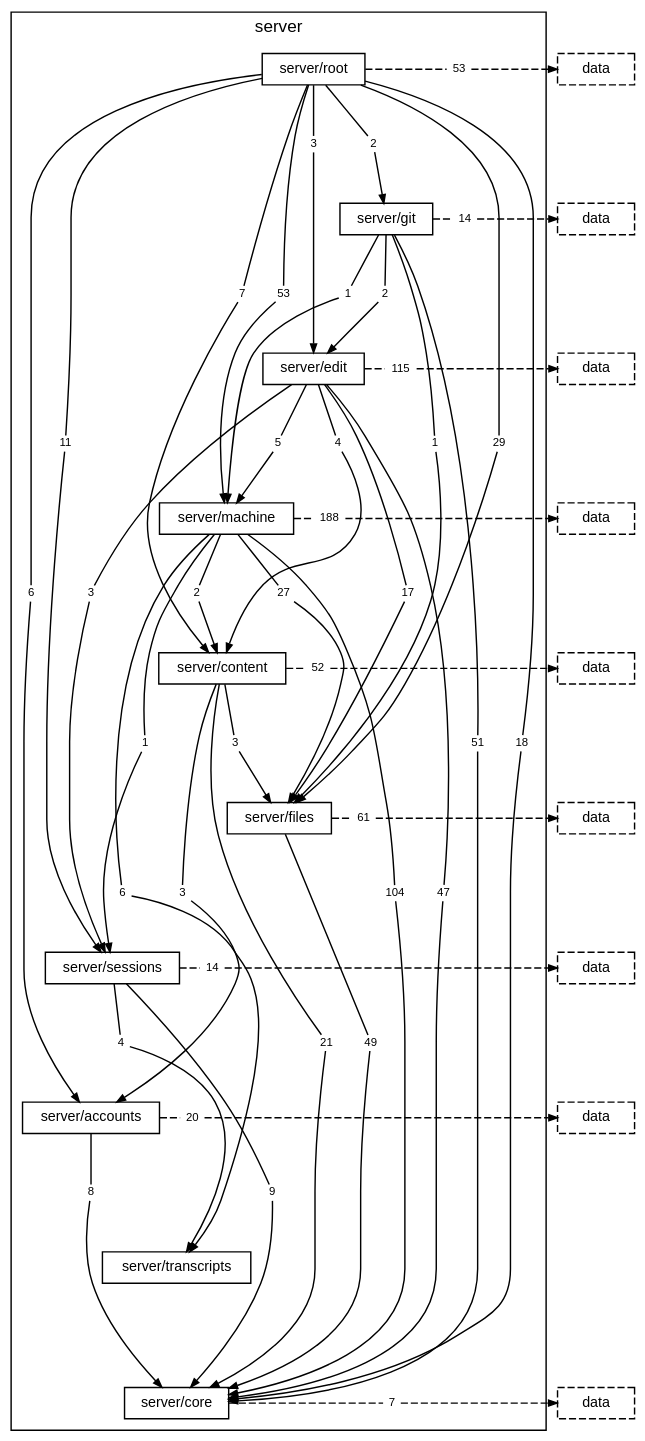
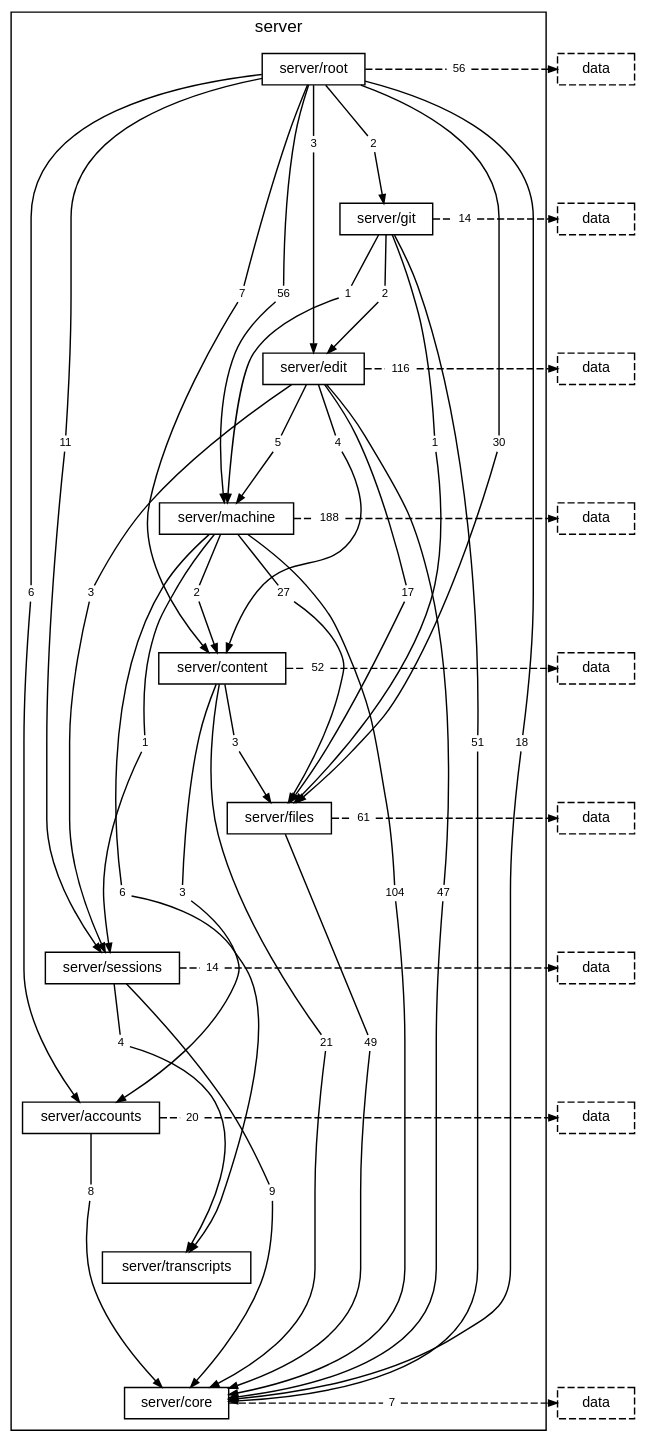
Before and after one commit to TheAxeC/oculus: the diagram in docs/diagrams/layer-server.dot, drawn with Graphviz. The commit also changed 180 other files, not shown here.

```diff
--- a/docs/diagrams/layer-server.dot
+++ b/docs/diagrams/layer-server.dot
@@ -18,11 +18,11 @@
         "folder server/root to folder server/content" [label="7", shape=box, color="transparent", fontsize=8, width=0, height=0, margin="0.04,0.02"];
         "folder server/root to folder server/core" [label="18", shape=box, color="transparent", fontsize=8, width=0, height=0, margin="0.04,0.02"];
         "folder server/root to folder server/edit" [label="3", shape=box, color="transparent", fontsize=8, width=0, height=0, margin="0.04,0.02"];
-        "folder server/root to folder server/files" [label="29", shape=box, color="transparent", fontsize=8, width=0, height=0, margin="0.04,0.02"];
+        "folder server/root to folder server/files" [label="30", shape=box, color="transparent", fontsize=8, width=0, height=0, margin="0.04,0.02"];
         "folder server/root to folder server/git" [label="2", shape=box, color="transparent", fontsize=8, width=0, height=0, margin="0.04,0.02"];
-        "folder server/root to folder server/machine" [label="53", shape=box, color="transparent", fontsize=8, width=0, height=0, margin="0.04,0.02"];
+        "folder server/root to folder server/machine" [label="56", shape=box, color="transparent", fontsize=8, width=0, height=0, margin="0.04,0.02"];
         "folder server/root to folder server/sessions" [label="11", shape=box, color="transparent", fontsize=8, width=0, height=0, margin="0.04,0.02"];
-        "folder server/root to layer data" [label="53", shape=box, color="transparent", fontsize=8, width=0, height=0, margin="0.04,0.02"];
+        "folder server/root to layer data" [label="56", shape=box, color="transparent", fontsize=8, width=0, height=0, margin="0.04,0.02"];
         "folder server/git to folder server/core" [label="51", shape=box, color="transparent", fontsize=8, width=0, height=0, margin="0.04,0.02"];
         "folder server/git to folder server/edit" [label="2", shape=box, color="transparent", fontsize=8, width=0, height=0, margin="0.04,0.02"];
         "folder server/git to folder server/files" [label="1", shape=box, color="transparent", fontsize=8, width=0, height=0, margin="0.04,0.02"];
@@ -33,7 +33,7 @@
         "folder server/edit to folder server/files" [label="17", shape=box, color="transparent", fontsize=8, width=0, height=0, margin="0.04,0.02"];
         "folder server/edit to folder server/machine" [label="5", shape=box, color="transparent", fontsize=8, width=0, height=0, margin="0.04,0.02"];
         "folder server/edit to folder server/sessions" [label="3", shape=box, color="transparent", fontsize=8, width=0, height=0, margin="0.04,0.02"];
-        "folder server/edit to layer data" [label="115", shape=box, color="transparent", fontsize=8, width=0, height=0, margin="0.04,0.02"];
+        "folder server/edit to layer data" [label="116", shape=box, color="transparent", fontsize=8, width=0, height=0, margin="0.04,0.02"];
         "folder server/machine to folder server/content" [label="2", shape=box, color="transparent", fontsize=8, width=0, height=0, margin="0.04,0.02"];
         "folder server/machine to folder server/core" [label="104", shape=box, color="transparent", fontsize=8, width=0, height=0, margin="0.04,0.02"];
         "folder server/machine to folder server/files" [label="27", shape=box, color="transparent", fontsize=8, width=0, height=0, margin="0.04,0.02"];
```
